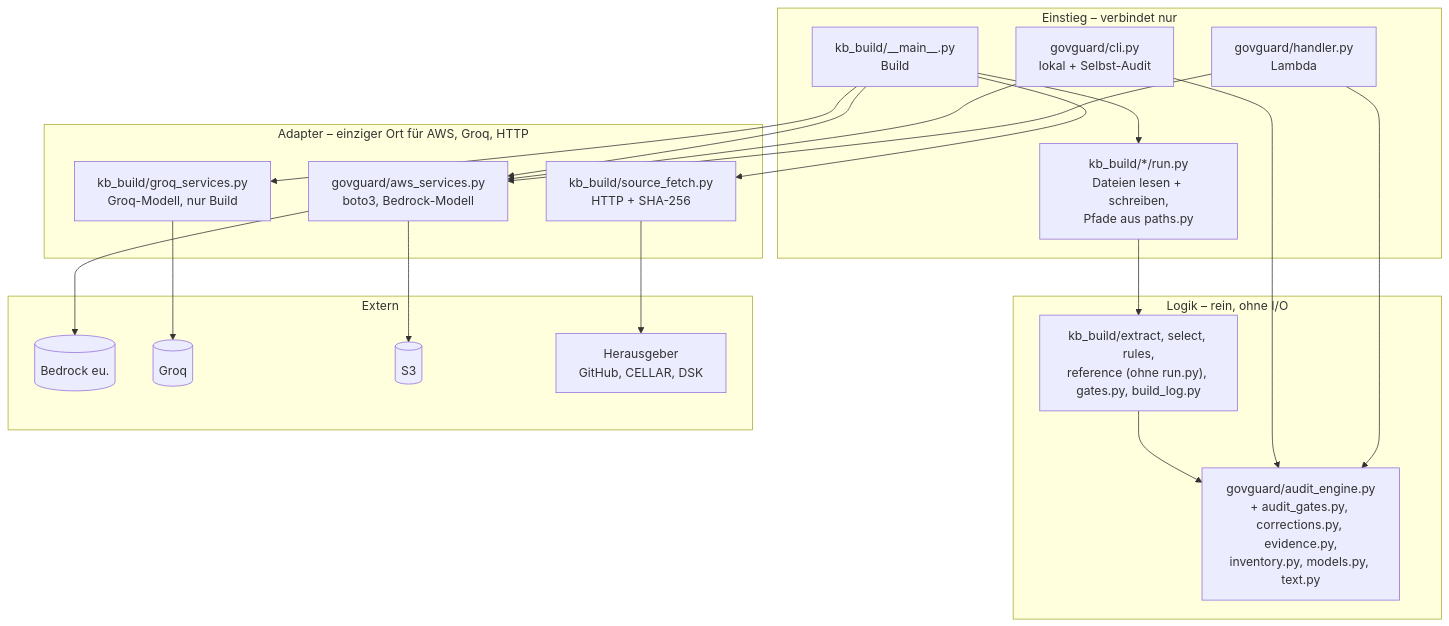
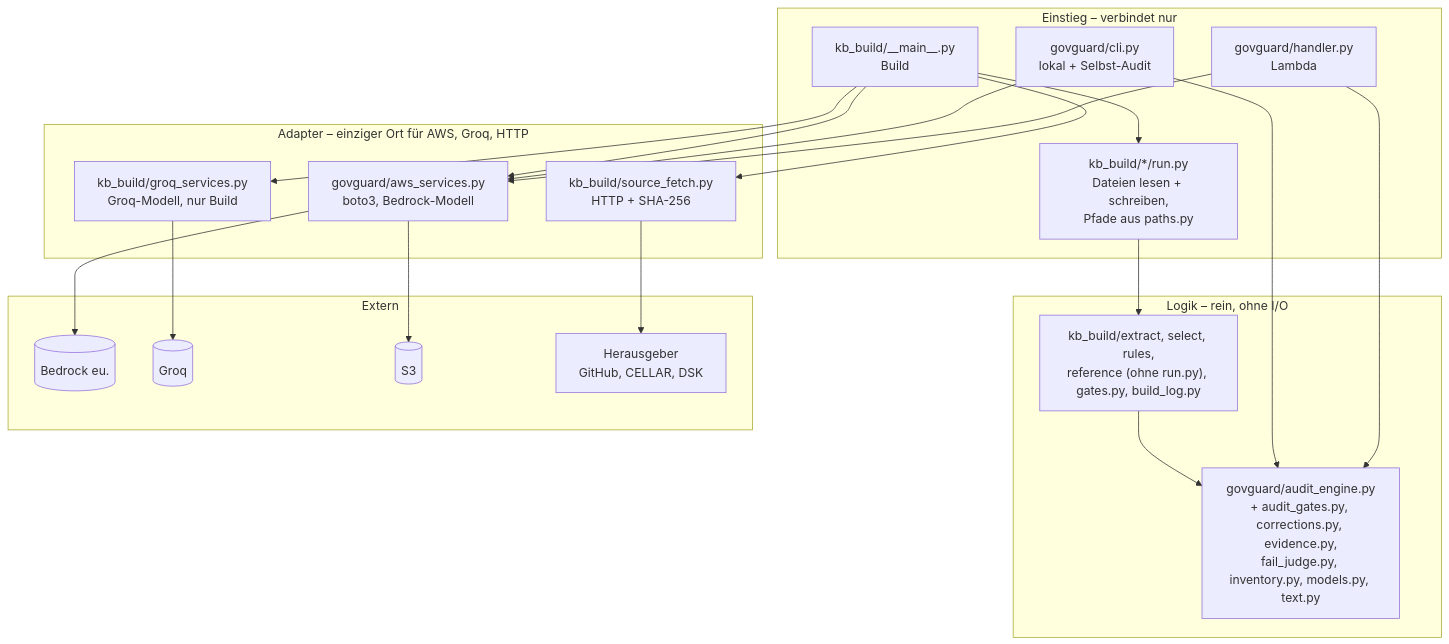
One commit to Daniel74/GovGuard changed the fourth of 4 diagrams in docs/ARCHITECTURE.md. Above: the diagram before and after it, drawn with Mermaid. The commit also changed other lines of this file and 8 other files, not shown here.

Commit message:
#31 Spec-Audit: LLM-Prüfer bestätigt jedes FAIL zur Laufzeit (offene Welt) - completed

````diff
--- a/docs/ARCHITECTURE.md
+++ b/docs/ARCHITECTURE.md
@@ -233,32 +234,32 @@
 ```mermaid
 flowchart TB
   subgraph E["Einstieg – verbindet nur"]
     H["govguard/handler.py<br/>Lambda"]
     C["govguard/cli.py<br/>lokal + Selbst-Audit"]
     M["kb_build/__main__.py<br/>Build"]
     R["kb_build/*/run.py<br/>Dateien lesen + schreiben,<br/>Pfade aus paths.py"]
   end
   subgraph L["Logik – rein, ohne I/O"]
-    AE["govguard/audit_engine.py<br/>+ audit_gates.py, corrections.py, evidence.py,<br/>inventory.py, models.py, text.py"]
+    AE["govguard/audit_engine.py<br/>+ audit_gates.py, corrections.py, evidence.py,<br/>fail_judge.py, inventory.py, models.py, text.py"]
     KB["kb_build/extract, select, rules,<br/>reference (ohne run.py), gates.py, build_log.py"]
   end
   subgraph A["Adapter – einziger Ort für AWS, Groq, HTTP"]
     AWS["govguard/aws_services.py<br/>boto3, Bedrock-Modell"]
     GQ["kb_build/groq_services.py<br/>Groq-Modell, nur Build"]
     FE["kb_build/source_fetch.py<br/>HTTP + SHA-256"]
   end
   subgraph X["Extern"]
     B[("Bedrock eu.")]
     G[("Groq")]
     S3[("S3")]
     HG["Herausgeber<br/>GitHub, CELLAR, DSK"]
   end
   H & C --> AE
   H & C --> AWS
   M --> R --> KB
   M --> AWS & GQ & FE
   KB --> AE
   AWS --> B & S3
   GQ --> G
   FE --> HG
 ```
````
